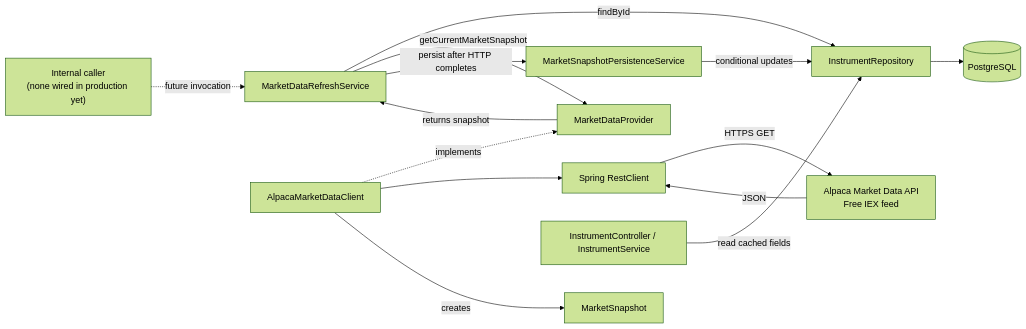
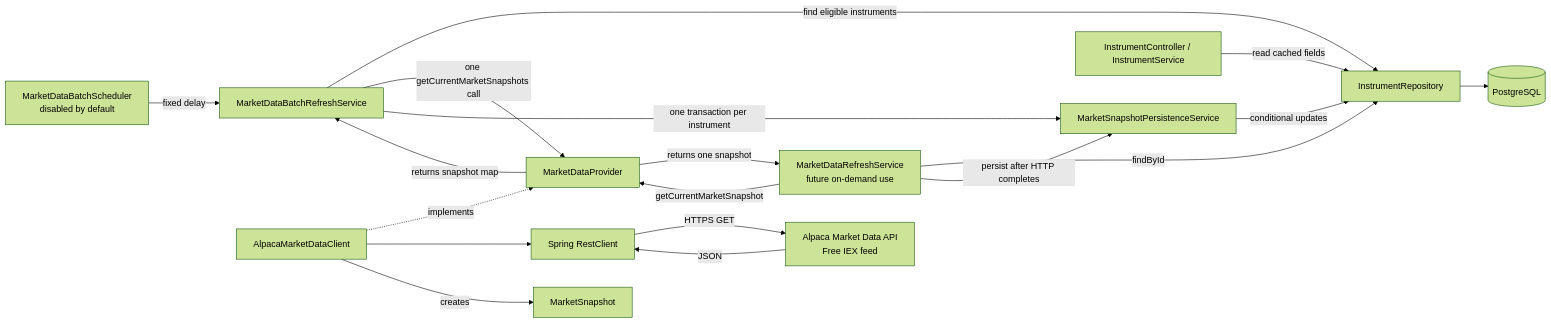
Before and after one commit to LeapOfLegends/Group-12-Backend: the diagram in Docs/market-data-architecture.md, drawn with Mermaid (forest theme). The commit also changed other lines of this file and 13 other files, not shown here.

Commit message:
batch market data

````diff
--- a/Docs/market-data-architecture.md
+++ b/Docs/market-data-architecture.md
@@ -60,28 +60,33 @@
 ```mermaid
 flowchart LR
-    Caller["Internal caller<br/>(none wired in production yet)"]
-    Refresh[MarketDataRefreshService]
+    Scheduler["MarketDataBatchScheduler<br/>disabled by default"]
+    Batch[MarketDataBatchRefreshService]
+    OnDemand["MarketDataRefreshService<br/>future on-demand use"]
     Provider[MarketDataProvider]
     Client[AlpacaMarketDataClient]
     Http[Spring RestClient]
     Alpaca["Alpaca Market Data API<br/>Free IEX feed"]
     Snapshot[MarketSnapshot]
     Persistence[MarketSnapshotPersistenceService]
     Repository[InstrumentRepository]
     Database[(PostgreSQL)]
     InstrumentApi["InstrumentController / InstrumentService"]
 
-    Caller -. future invocation .-> Refresh
-    Refresh -->|findById| Repository
-    Refresh -->|getCurrentMarketSnapshot| Provider
+    Scheduler -->|fixed delay| Batch
+    Batch -->|find eligible instruments| Repository
+    Batch -->|one getCurrentMarketSnapshots call| Provider
+    OnDemand -->|findById| Repository
+    OnDemand -->|getCurrentMarketSnapshot| Provider
     Client -. implements .-> Provider
     Client --> Http
     Http -->|HTTPS GET| Alpaca
     Alpaca -->|JSON| Http
     Client -->|creates| Snapshot
-    Provider -->|returns snapshot| Refresh
-    Refresh -->|persist after HTTP completes| Persistence
+    Provider -->|returns snapshot map| Batch
+    Provider -->|returns one snapshot| OnDemand
+    Batch -->|one transaction per instrument| Persistence
+    OnDemand -->|persist after HTTP completes| Persistence
     Persistence -->|conditional updates| Repository
     Repository --> Database
     InstrumentApi -->|read cached fields| Repository
 ```
````
